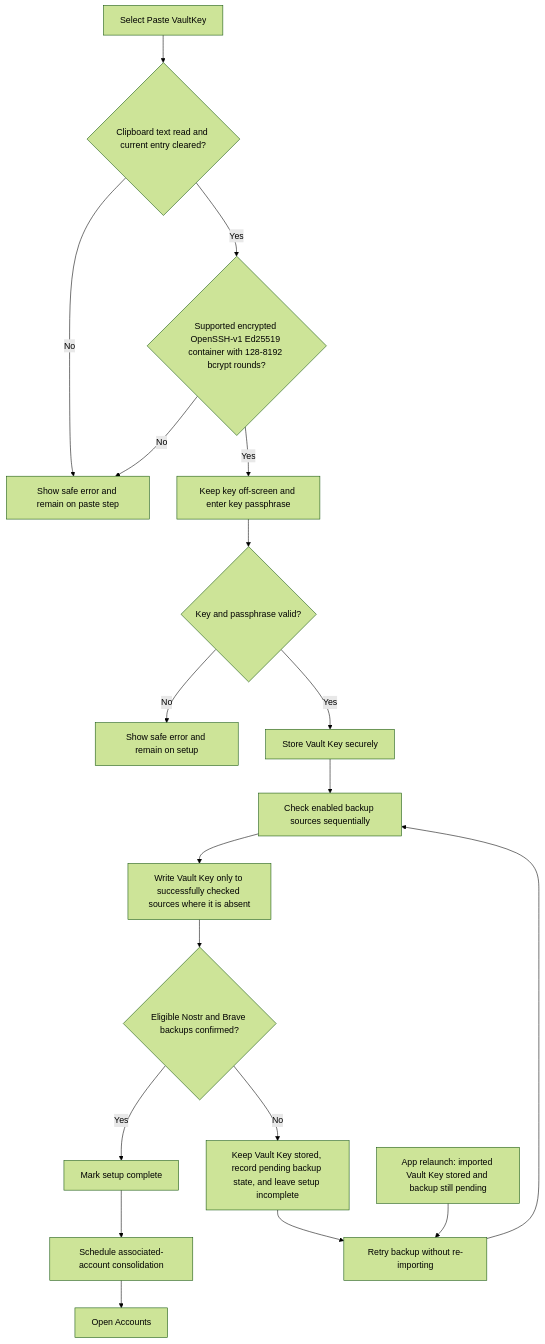
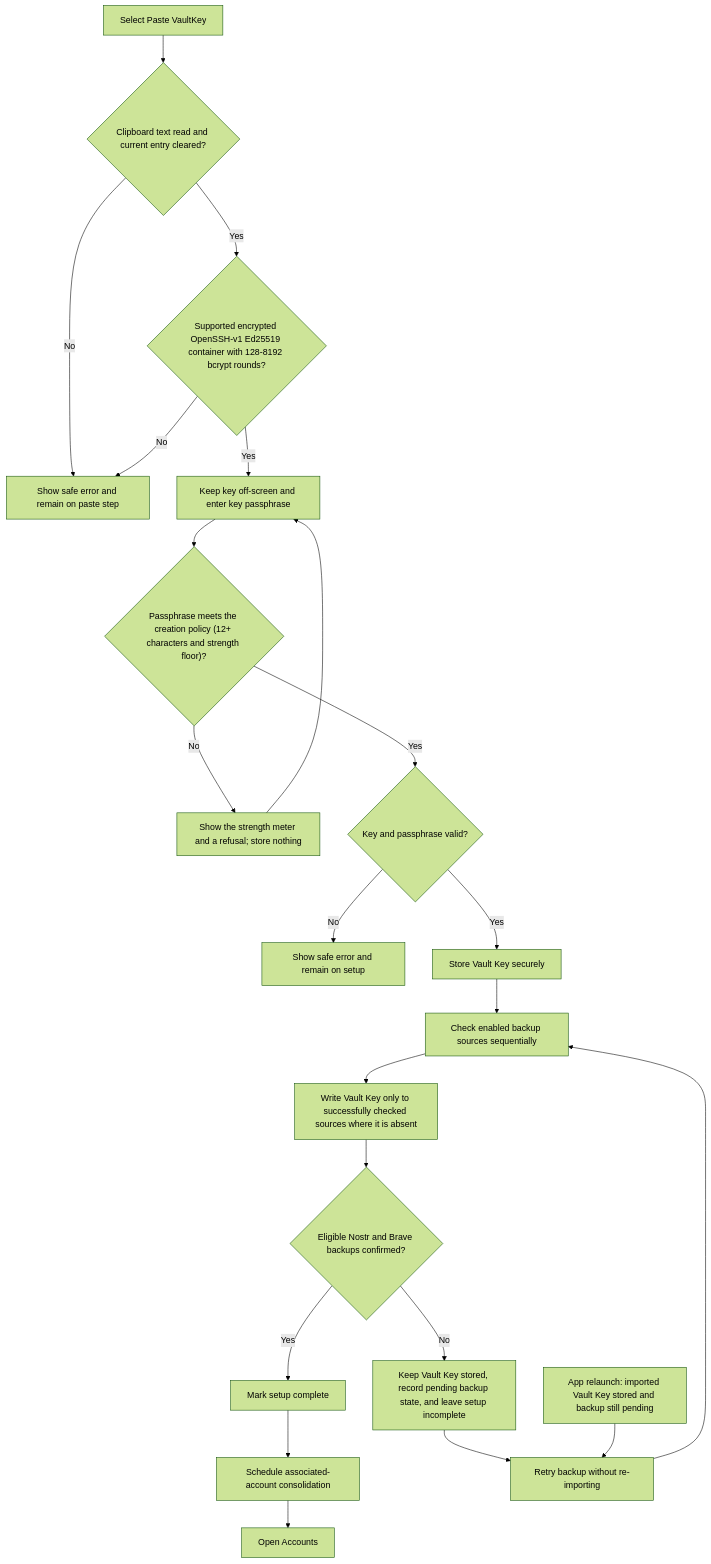
One commit to ZenTenApp/vault-kotlin changed the second of 8 diagrams in docs/stakeholder/flowcharts.md. Above: the diagram before and after it, drawn with Mermaid (forest theme). The commit also changed other lines of this file and 13 other files, not shown here.

First line of the commit message:
feat(onboarding): enforce the passphrase policy on import and recovery

````diff
--- a/docs/stakeholder/flowcharts.md
+++ b/docs/stakeholder/flowcharts.md
@@ -111,21 +114,24 @@
 ```mermaid
 flowchart TD
     Start["Select Paste VaultKey"] --> Clipboard{"Clipboard text read and current entry cleared?"}
     Clipboard -->|No| PasteError["Show safe error and remain on paste step"]
     Clipboard -->|Yes| KeyFormat{"Supported encrypted OpenSSH-v1 Ed25519 container with 128-8192 bcrypt rounds?"}
     KeyFormat -->|No| PasteError
     KeyFormat -->|Yes| Passphrase["Keep key off-screen and enter key passphrase"]
-    Passphrase --> Validate{"Key and passphrase valid?"}
+    Passphrase --> Strength{"Passphrase meets the creation policy (12+ characters and strength floor)?"}
+    Strength -->|No| Weak["Show the strength meter and a refusal; store nothing"]
+    Weak --> Passphrase
+    Strength -->|Yes| Validate{"Key and passphrase valid?"}
     Validate -->|No| Error["Show safe error and remain on setup"]
     Validate -->|Yes| Store["Store Vault Key securely"]
     Store --> Sources["Check enabled backup sources sequentially"]
     Sources --> Missing["Write Vault Key only to successfully checked sources where it is absent"]
     Missing --> Quorum{"Eligible Nostr and Brave backups confirmed?"}
     Quorum -->|Yes| Complete["Mark setup complete"]
     Complete --> Schedule["Schedule associated-account consolidation"]
     Schedule --> Accounts["Open Accounts"]
     Quorum -->|No| Incomplete["Keep Vault Key stored, record pending backup state, and leave setup incomplete"]
     Incomplete --> Retry["Retry backup without re-importing"]
     Retry --> Sources
     Resume["App relaunch: imported Vault Key stored and backup still pending"] --> Retry
 ```
````
